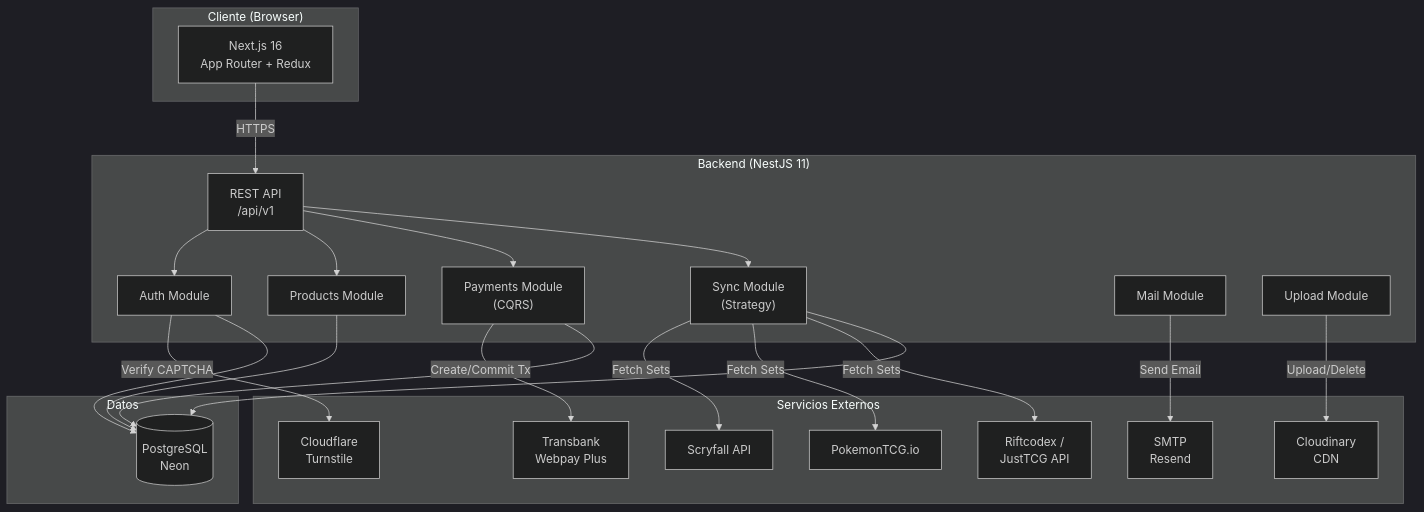
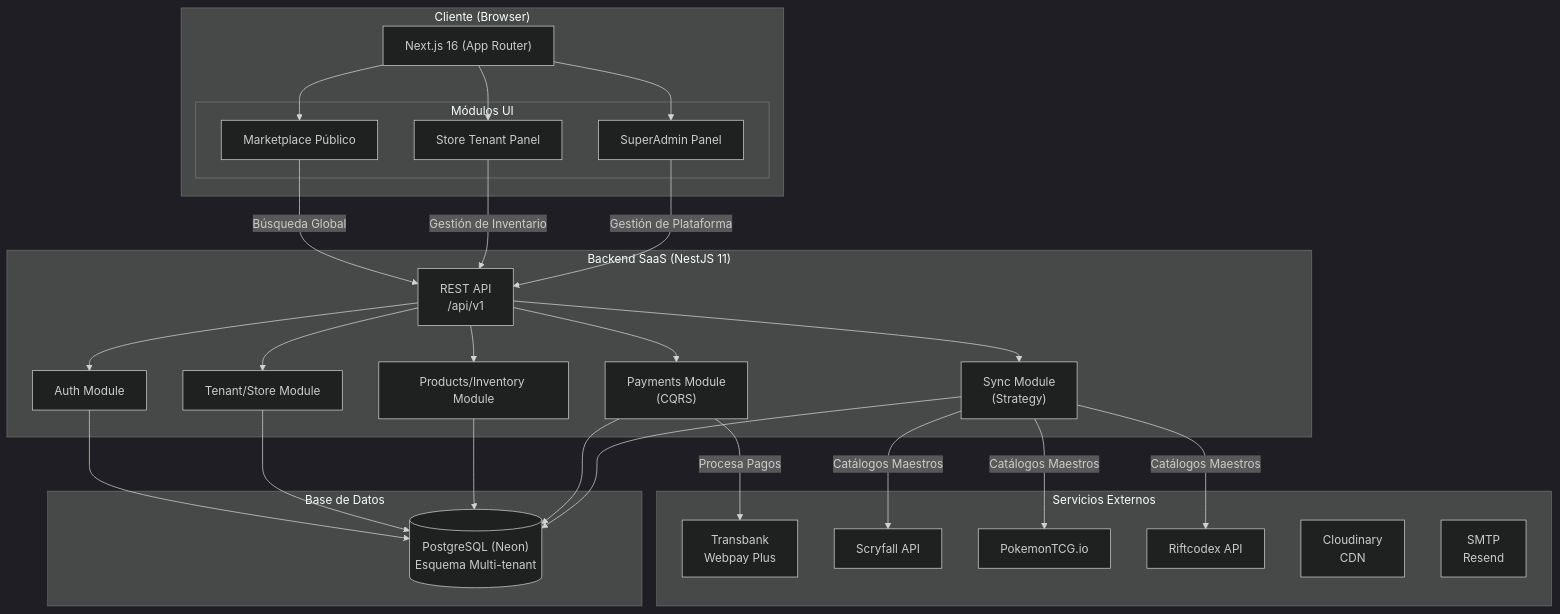
One commit to Felix-97-pixel/tienda-tcg changed the first of 9 diagrams in docs/ARCHITECTURE.md. Above: the diagram before and after it, drawn with Mermaid (dark theme). The commit also changed other lines of this file and 2 other files, not shown here.

Commit message:
cambios de la documentacion con el nuevo enfoque

````diff
--- a/docs/ARCHITECTURE.md
+++ b/docs/ARCHITECTURE.md
@@ -24,47 +24,54 @@
 ```mermaid
 graph TB
     subgraph "Cliente (Browser)"
-        FE["Next.js 16<br/>App Router + Redux"]
+        FE["Next.js 16 (App Router)"]
+        subgraph "Módulos UI"
+            MKT["Marketplace Público"]
+            SA["SuperAdmin Panel"]
+            TEN["Store Tenant Panel"]
+        end
+        FE --> MKT
+        FE --> SA
+        FE --> TEN
     end
 
     subgraph "Servicios Externos"
         TBK["Transbank<br/>Webpay Plus"]
         SCR["Scryfall API"]
         PKM["PokemonTCG.io"]
-        RFT["Riftcodex /<br/>JustTCG API"]
+        RFT["Riftcodex API"]
         CLD["Cloudinary<br/>CDN"]
         SMTP["SMTP<br/>Resend"]
-        CF["Cloudflare<br/>Turnstile"]
     end
 
-    subgraph "Backend (NestJS 11)"
+    subgraph "Backend SaaS (NestJS 11)"
         API["REST API<br/>/api/v1"]
         AUTH["Auth Module"]
-        PROD["Products Module"]
+        TENANT["Tenant/Store Module"]
+        PROD["Products/Inventory Module"]
         PAY["Payments Module<br/>(CQRS)"]
         SYNC["Sync Module<br/>(Strategy)"]
-        MAIL["Mail Module"]
-        UP["Upload Module"]
     end
 
-    subgraph "Datos"
-        DB[("PostgreSQL<br/>Neon")]
+    subgraph "Base de Datos"
+        DB[("PostgreSQL (Neon)<br/>Esquema Multi-tenant")]
     end
 
-    FE -->|"HTTPS"| API
+    MKT -->|"Búsqueda Global"| API
+    TEN -->|"Gestión de Inventario"| API
+    SA -->|"Gestión de Plataforma"| API
     API --> AUTH
+    API --> TENANT
     API --> PROD
     API --> PAY
     API --> SYNC
-    AUTH -->|"Verify CAPTCHA"| CF
-    PAY -->|"Create/Commit Tx"| TBK
-    SYNC -->|"Fetch Sets"| SCR
-    SYNC -->|"Fetch Sets"| PKM
-    SYNC -->|"Fetch Sets"| RFT
-    UP -->|"Upload/Delete"| CLD
-    MAIL -->|"Send Email"| SMTP
+    PAY -->|"Procesa Pagos"| TBK
+    SYNC -->|"Catálogos Maestros"| SCR
+    SYNC -->|"Catálogos Maestros"| PKM
+    SYNC -->|"Catálogos Maestros"| RFT
     AUTH --> DB
+    TENANT --> DB
     PROD --> DB
     PAY --> DB
     SYNC --> DB
 ```
````
